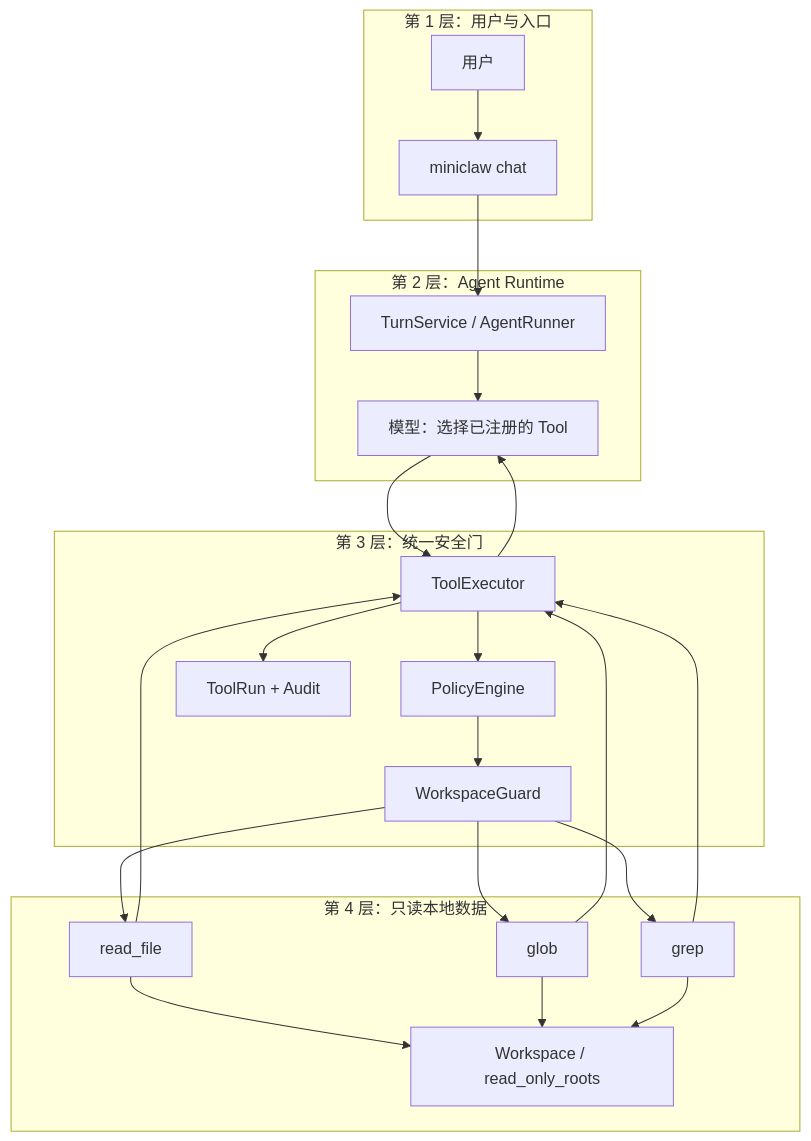
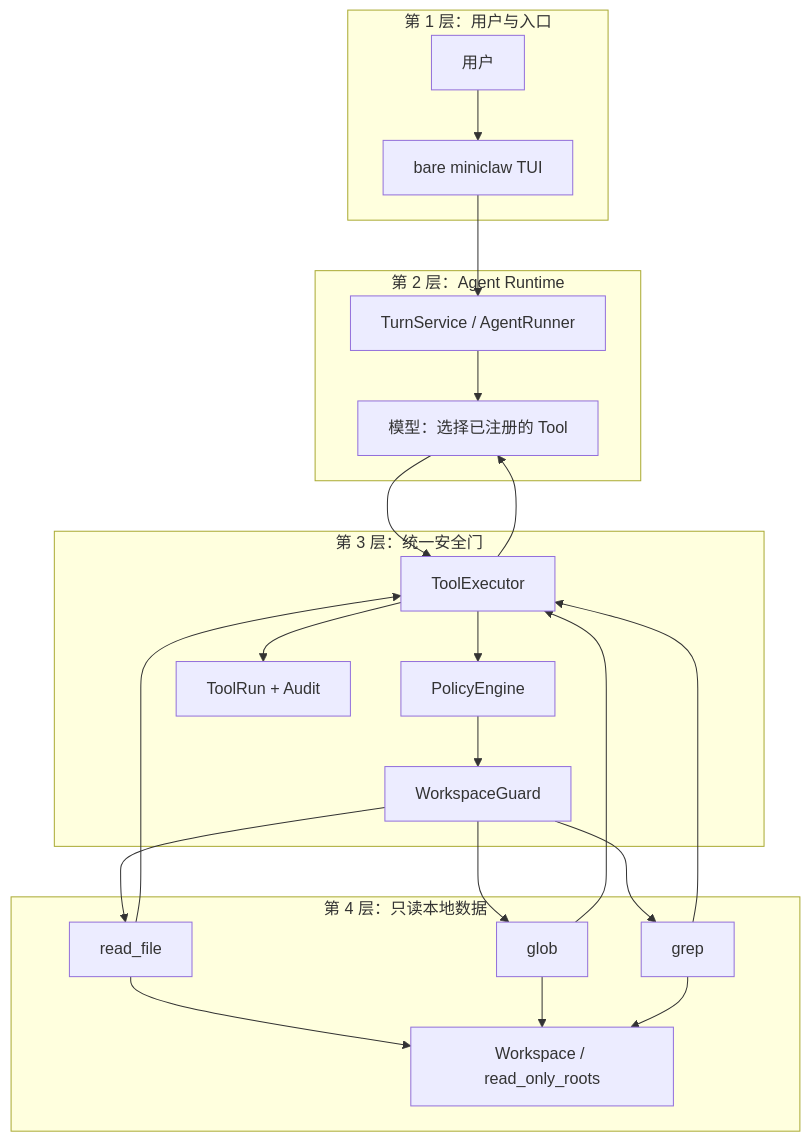
One commit to NEDONION/lobster0 changed the first of 3 diagrams in docs/engineering/phase-2/workspace-read-tools.md. Above: the diagram before and after it, drawn with Mermaid. The commit also changed other lines of this file and 14 other files, not shown here.

````diff
--- a/docs/engineering/phase-2/workspace-read-tools.md
+++ b/docs/engineering/phase-2/workspace-read-tools.md
@@ -17,28 +17,28 @@
 ```mermaid
 flowchart TB
     subgraph L1["第 1 层：用户与入口"]
-        USER["用户"] --> CLI["miniclaw chat"]
+        USER["用户"] --> CLI["bare miniclaw TUI"]
     end
     subgraph L2["第 2 层：Agent Runtime"]
         CLI --> TURN["TurnService / AgentRunner"]
         TURN --> MODEL["模型：选择已注册的 Tool"]
     end
     subgraph L3["第 3 层：统一安全门"]
         MODEL --> EXEC["ToolExecutor"]
         EXEC --> POLICY["PolicyEngine"]
         POLICY --> GUARD["WorkspaceGuard"]
         EXEC --> AUDIT["ToolRun + Audit"]
     end
     subgraph L4["第 4 层：只读本地数据"]
         GUARD --> READ["read_file"]
         GUARD --> GLOB["glob"]
         GUARD --> GREP["grep"]
         READ --> WORK["Workspace / read_only_roots"]
         GLOB --> WORK
         GREP --> WORK
     end
     READ --> EXEC
     GLOB --> EXEC
     GREP --> EXEC
     EXEC --> MODEL
 ```
````
